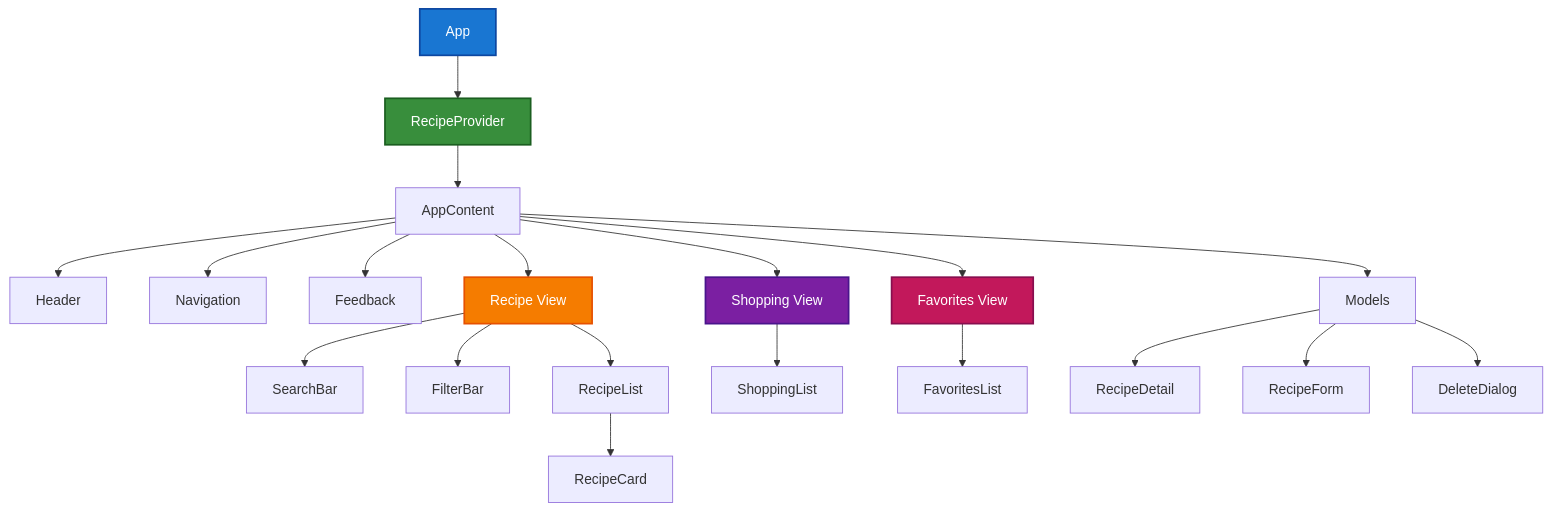
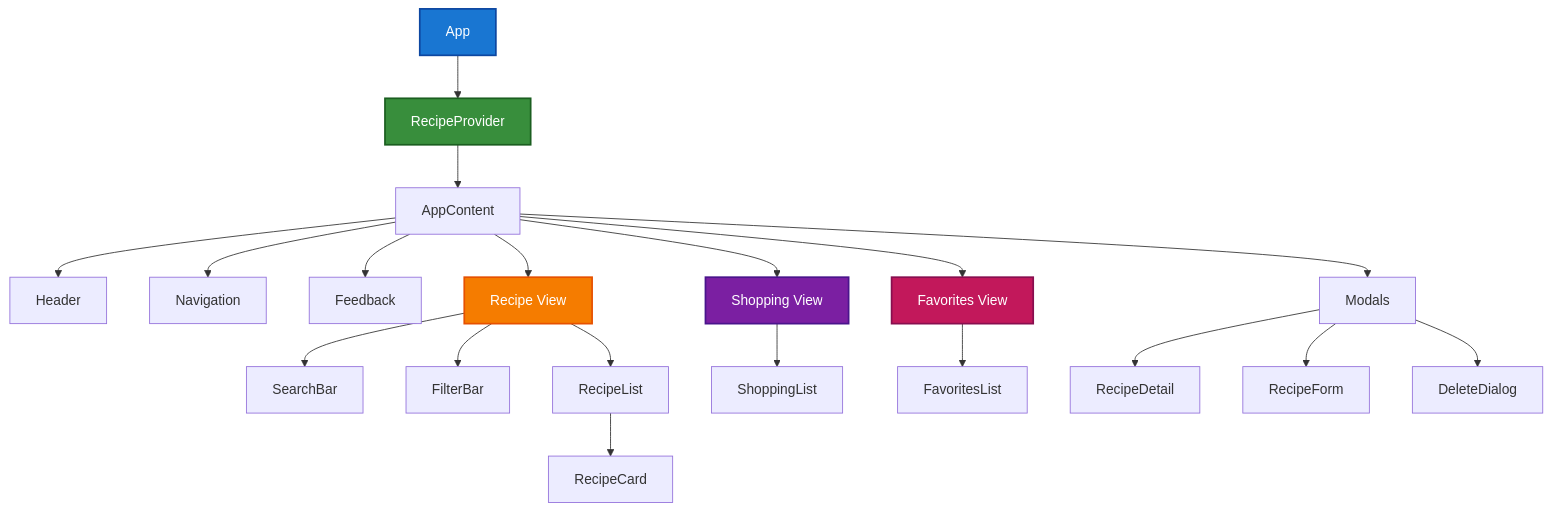
Before and after one commit to jajecnikmarci/kliensoldali-NHF: the second of 14 diagrams in README.md, drawn with Mermaid. The commit also changed other lines of this file, not shown here.

````diff
--- a/README.md
+++ b/README.md
@@ -139,35 +139,35 @@
 ```mermaid
 flowchart TD
     App[App]
     Provider[RecipeProvider]
     AppContent[AppContent]
     
     App --> Provider
     Provider --> AppContent
     
     AppContent --> Header
     AppContent --> Navigation
     AppContent --> Feedback
     AppContent --> RecipeView[Recipe View]
     AppContent --> ShoppingView[Shopping View]
     AppContent --> FavView[Favorites View]
-    AppContent --> Models
+    AppContent --> Modals
     
     RecipeView --> SearchBar
     RecipeView --> FilterBar
     RecipeView --> RecipeList
     RecipeList --> RecipeCard
     
     ShoppingView --> ShoppingList
     FavView --> FavoritesList
     
-    Models --> RecipeDetail
-    Models --> RecipeForm
-    Models --> DeleteDialog
+    Modals --> RecipeDetail
+    Modals --> RecipeForm
+    Modals --> DeleteDialog
     
     style App fill:#1976d2,stroke:#0d47a1,stroke-width:2px,color:#fff
     style Provider fill:#388e3c,stroke:#1b5e20,stroke-width:2px,color:#fff
     style RecipeView fill:#f57c00,stroke:#e65100,stroke-width:2px,color:#fff
     style ShoppingView fill:#7b1fa2,stroke:#4a148c,stroke-width:2px,color:#fff
     style FavView fill:#c2185b,stroke:#880e4f,stroke-width:2px,color:#fff
 ```
````
